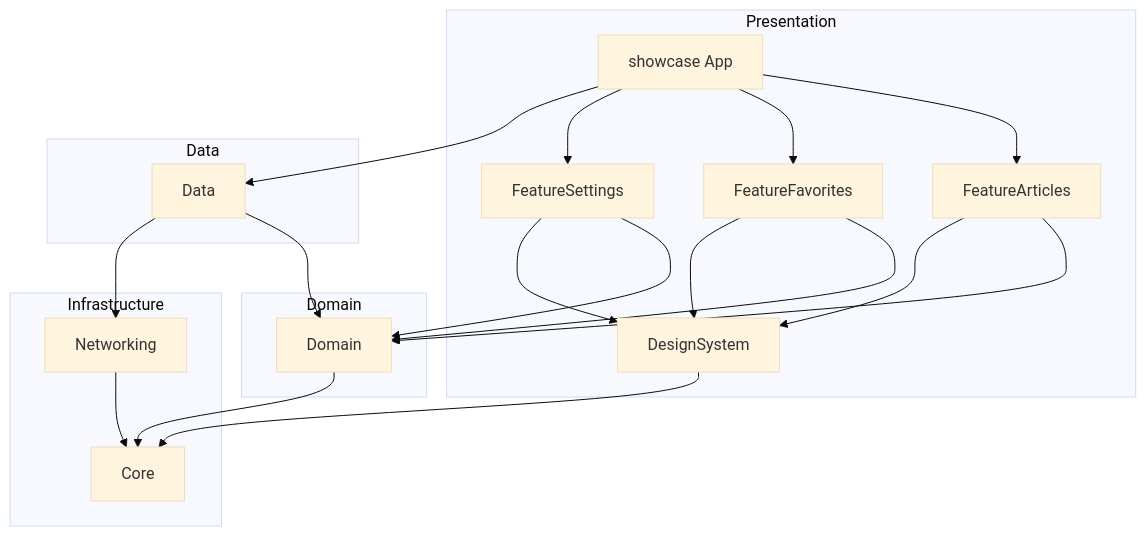
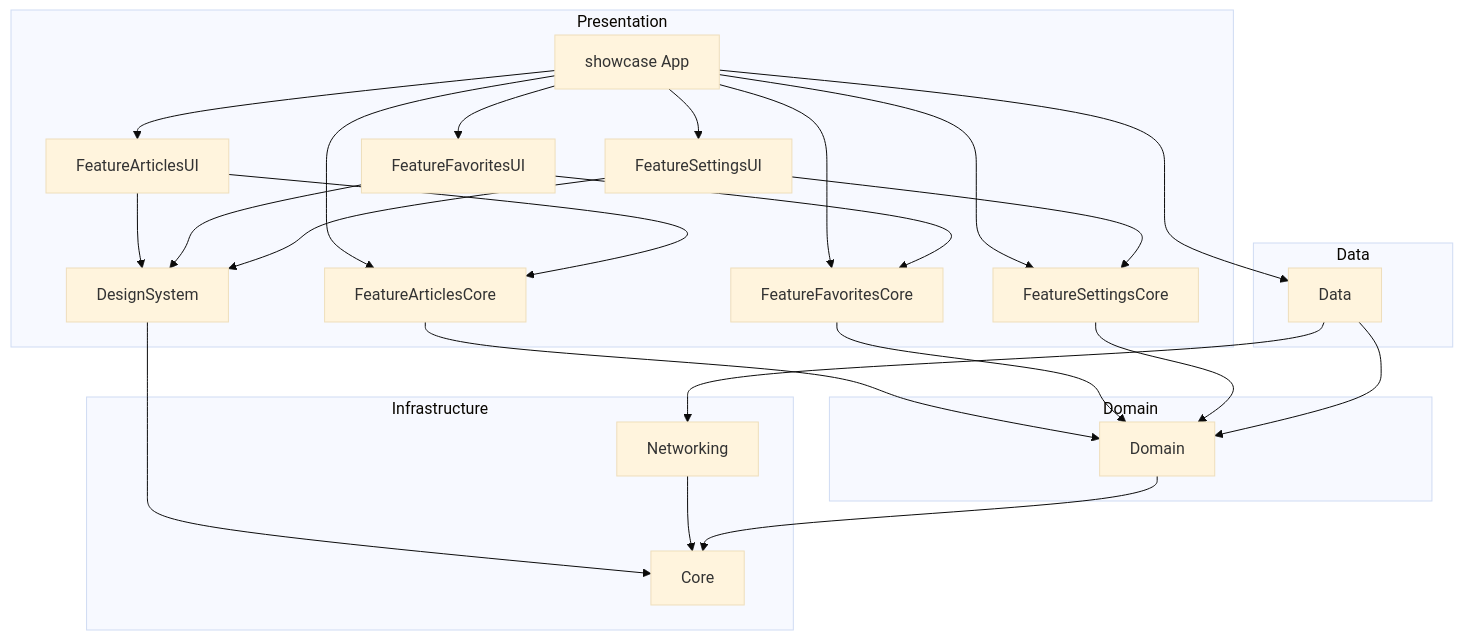
One commit to rafaelasenciodev/showcase changed the diagram in docs/architecture.md. Above: the diagram before and after it, drawn with Mermaid (base theme). The commit also changed other lines of this file and 28 other files, not shown here.

````diff
--- a/docs/architecture.md
+++ b/docs/architecture.md
@@ -9,26 +9,32 @@
 ```mermaid
 graph TB
     subgraph Presentation
         App[showcase App]
-        FA[FeatureArticles]
-        FF[FeatureFavorites]
-        FS[FeatureSettings]
+        FA[FeatureArticlesUI]
+        FF[FeatureFavoritesUI]
+        FS[FeatureSettingsUI]
+        FAC[FeatureArticlesCore]
+        FFC[FeatureFavoritesCore]
+        FSC[FeatureSettingsCore]
         DS[DesignSystem]
     end
     subgraph Domain
         DOM[Domain]
     end
     subgraph Data
         DATA[Data]
     end
     subgraph Infrastructure
         NET[Networking]
         CORE[Core]
     end
-    App --> FA & FF & FS & DATA
-    FA & FF & FS --> DOM & DS
+    App --> FA & FF & FS & FAC & FFC & FSC & DATA
+    FA --> FAC & DS
+    FF --> FFC & DS
+    FS --> FSC & DS
+    FAC & FFC & FSC --> DOM
     DS --> CORE
     DATA --> DOM & NET
     NET --> CORE
     DOM --> CORE
 ```
````
